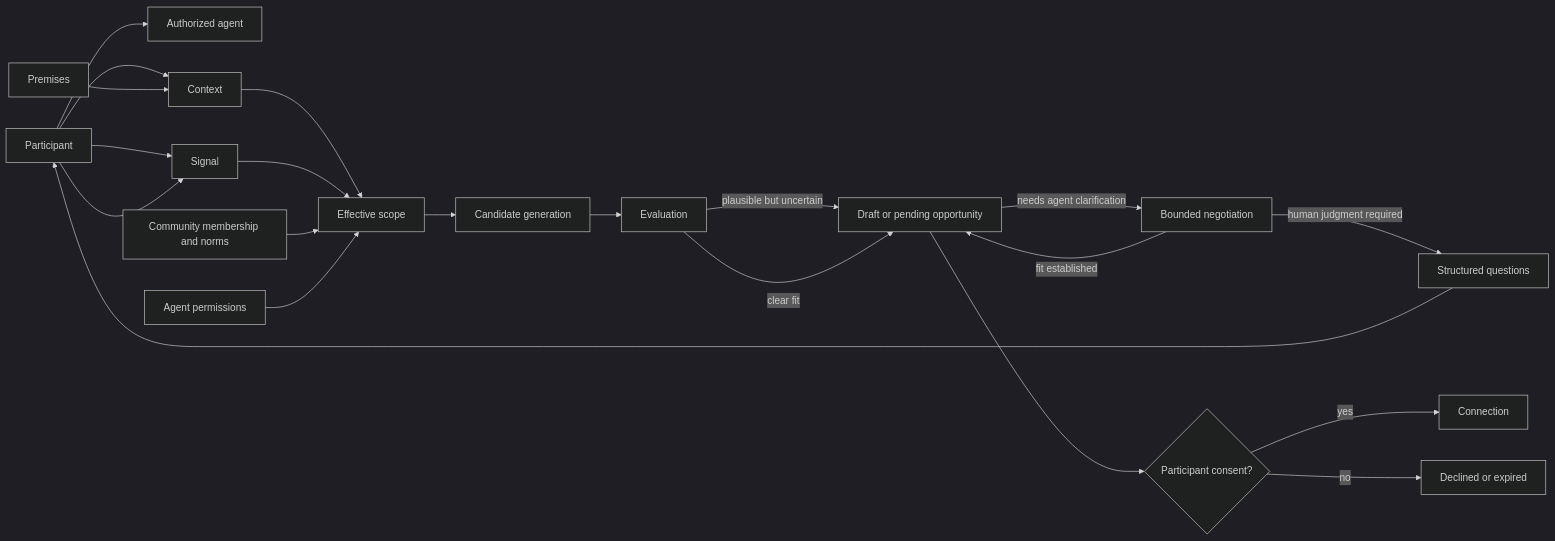
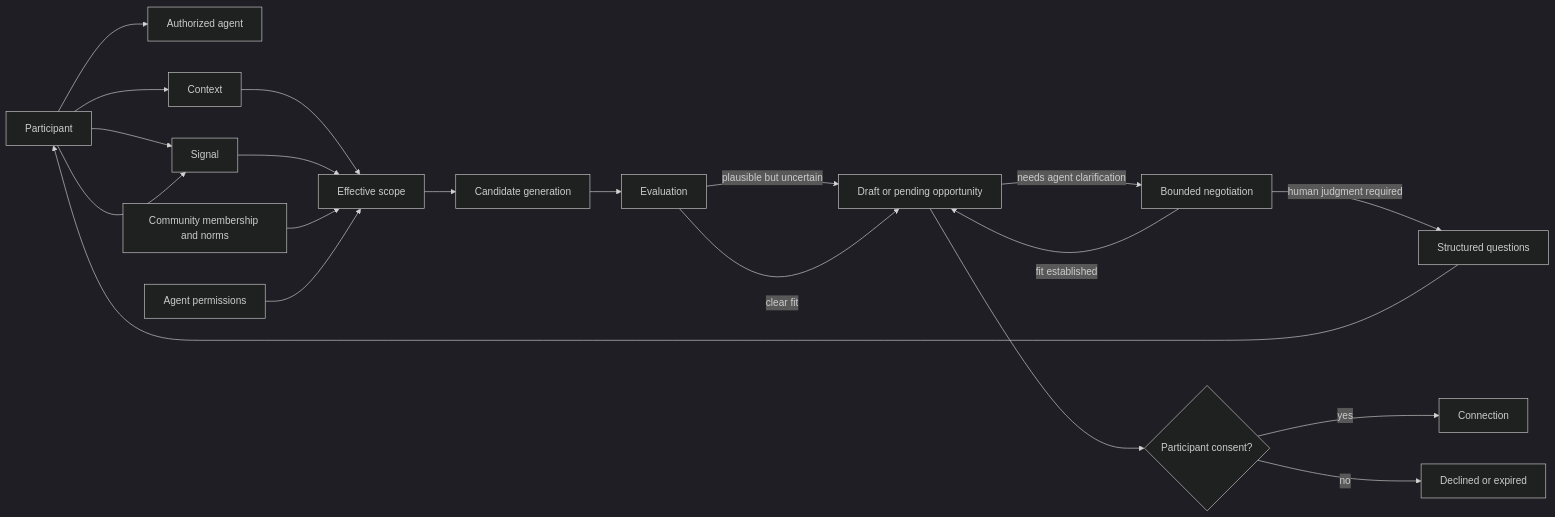
The first of 6 diagrams in packages/protocol/README.md (indexnetwork/index), drawn with Mermaid (dark theme) before and after one commit. The commit also changed other lines of this file and 6 other files, not shown here.

````diff
--- a/packages/protocol/README.md
+++ b/packages/protocol/README.md
@@ -21,26 +21,25 @@
 ```mermaid
 flowchart LR
     Participant[Participant] --> Agent[Authorized agent]
     Participant --> Context[Context]
     Participant --> Signal[Signal]
 
-    Premises[Premises] --> Context
     Context --> Scope[Effective scope]
     Signal --> Scope
     Community[Community membership and norms] --> Scope
     AgentScope[Agent permissions] --> Scope
 
     Scope --> CandidateGeneration[Candidate generation]
     CandidateGeneration --> Evaluation[Evaluation]
     Evaluation -->|plausible but uncertain| Opportunity[Draft or negotiating opportunity]
     Evaluation -->|clear fit| Opportunity[Draft or pending opportunity]
     Opportunity -->|needs agent clarification| Negotiation[Bounded negotiation]
     Negotiation -->|fit established| Opportunity
     Negotiation -->|human judgment required| Questions[Structured questions]
     Questions --> Participant
     Participant --> Signal
 
     Opportunity --> Consent{Participant consent?}
     Consent -->|yes| Connection[Connection]
     Consent -->|no| Terminal[Declined or expired]
 ```
````
